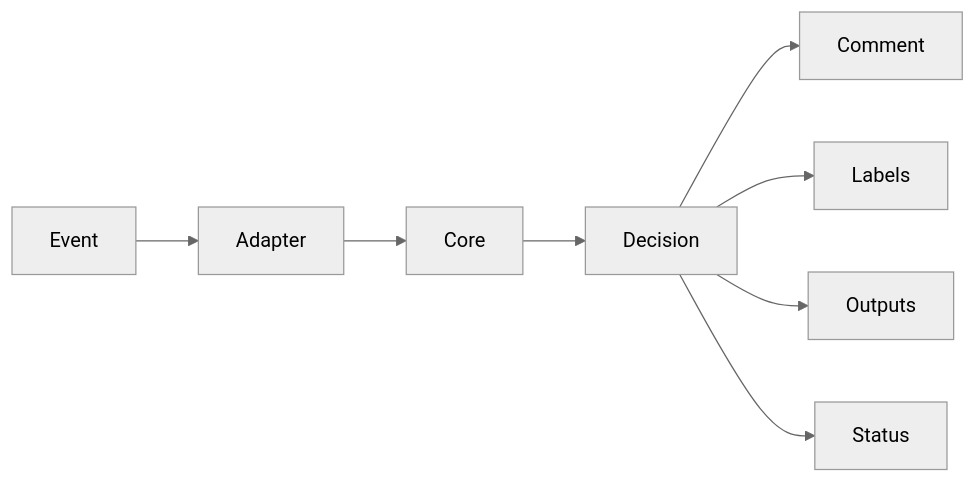
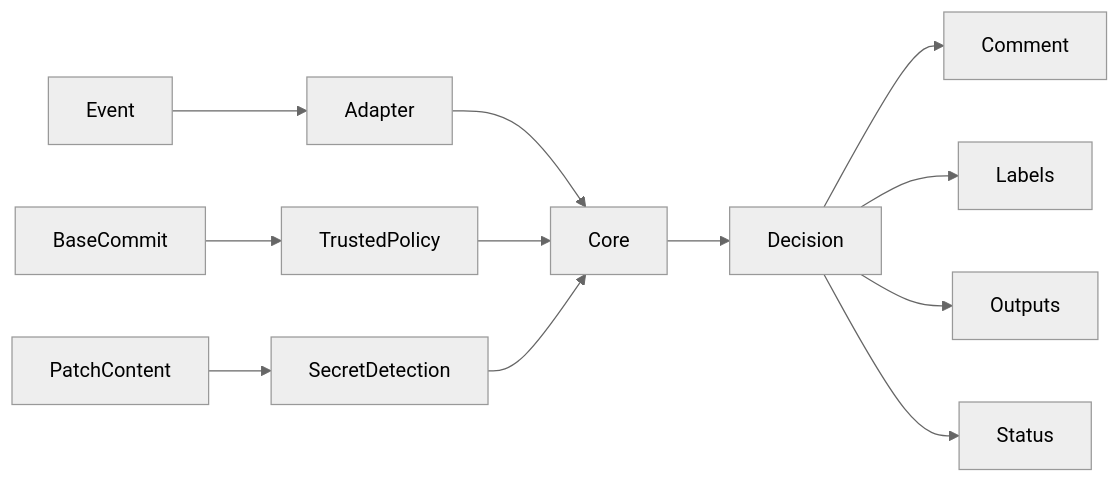
Before and after one commit to streamentry/AGENTOWNERS: the first of 2 diagrams in packages/github-action/AGENTS.md, drawn with Mermaid (neutral theme). The commit also changed other lines of this file and 28 other files, not shown here.

````diff
--- a/packages/github-action/AGENTS.md
+++ b/packages/github-action/AGENTS.md
@@ -20,9 +21,13 @@
 ```mermaid
 flowchart LR
-  Event --> Adapter --> Core
+  Event --> Adapter
+  BaseCommit --> TrustedPolicy
+  Adapter --> Core
+  TrustedPolicy --> Core
+  PatchContent --> SecretDetection --> Core
   Core --> Decision
   Decision --> Comment
   Decision --> Labels
   Decision --> Outputs
   Decision --> Status
 ```
````
